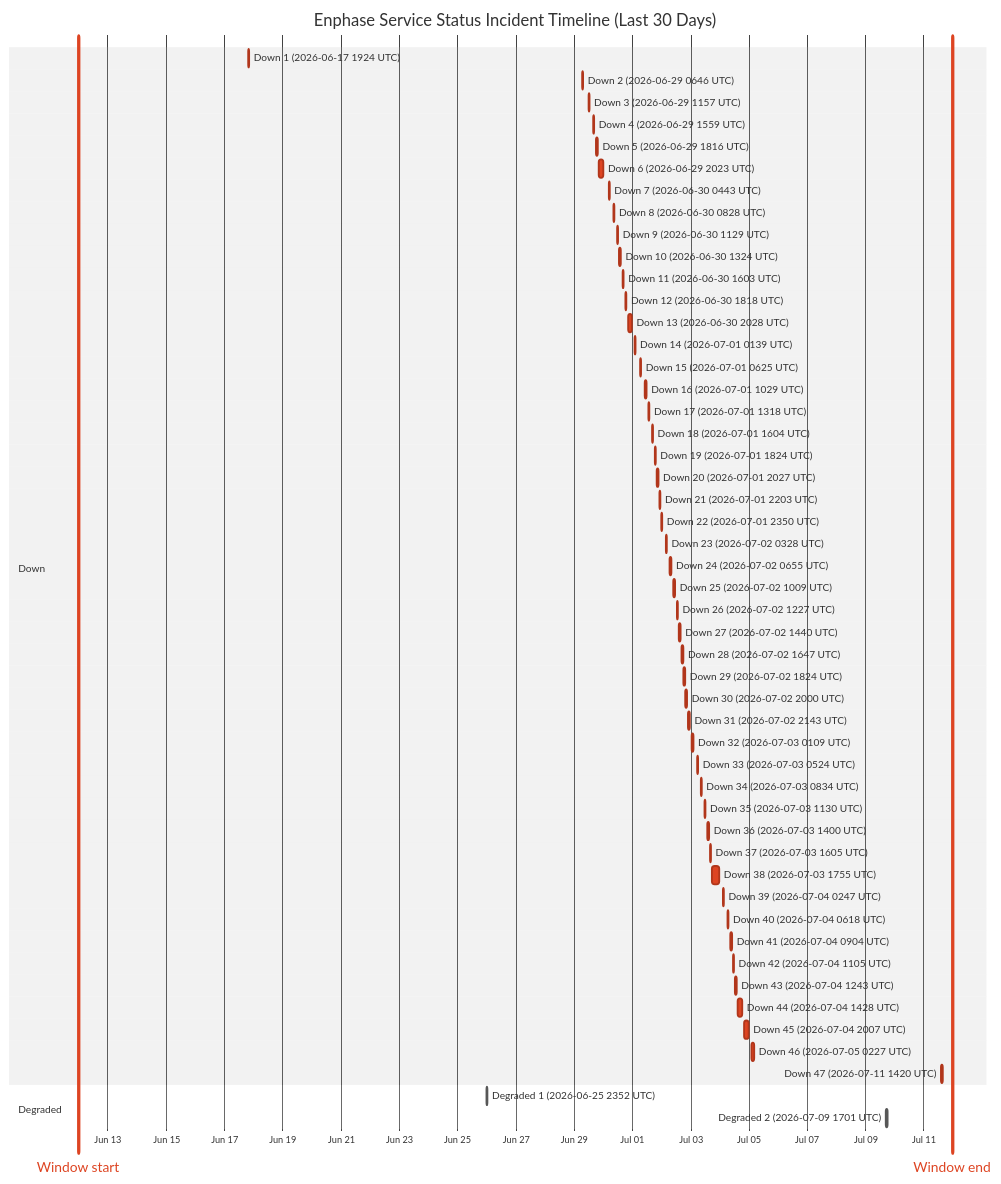
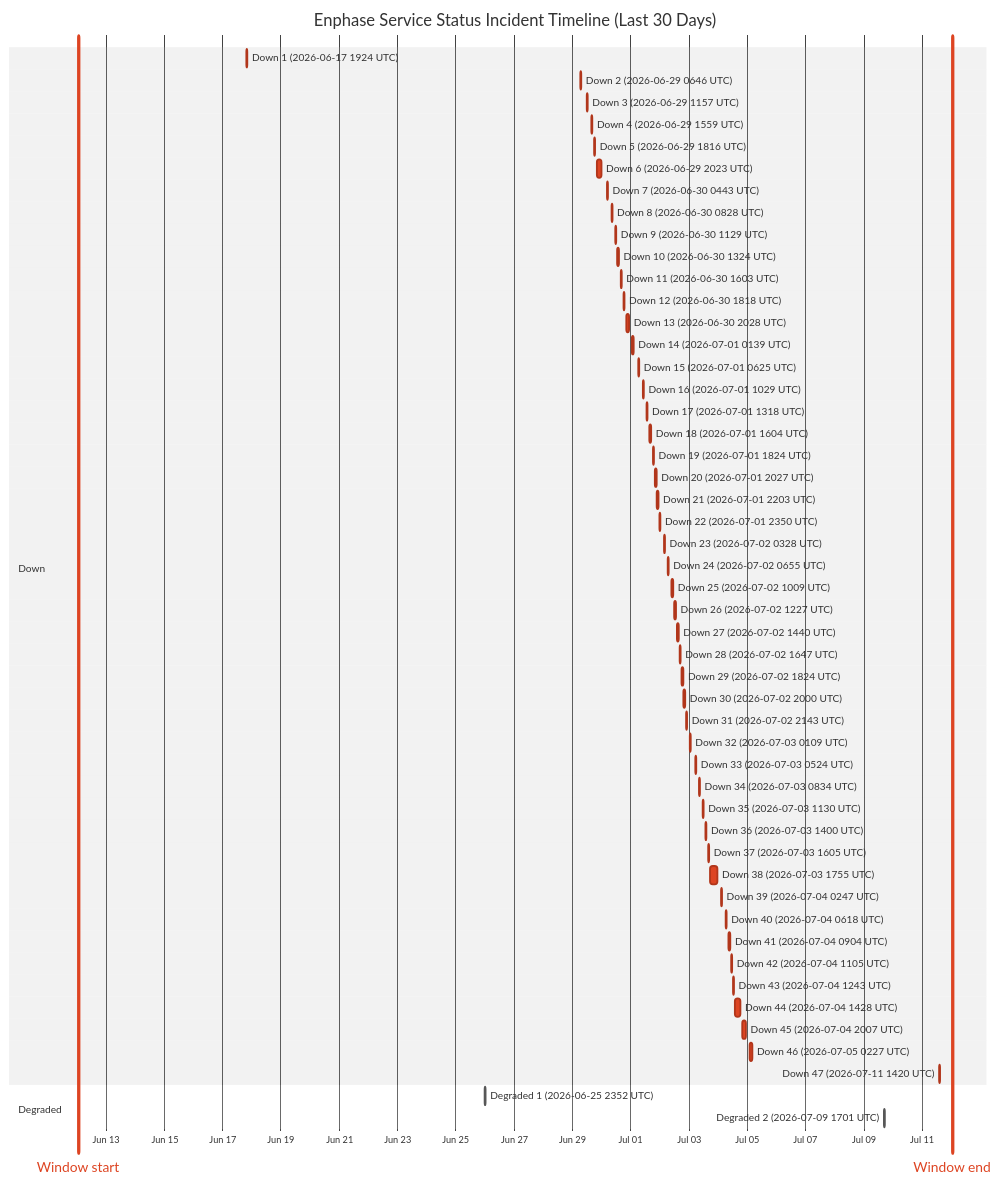
Before and after one commit to barneyonline/ha-enphase-energy: the diagram in wiki/Service-Status-History.md, drawn with Mermaid (neutral theme). The commit also changed other lines of this file and 3 other files, not shown here.

````diff
--- a/wiki/Service-Status-History.md
+++ b/wiki/Service-Status-History.md
@@ -14,59 +14,59 @@
 ```mermaid
 gantt
     title Enphase Service Status Incident Timeline (Last 30 Days)
     dateFormat  YYYY-MM-DDTHH:mm:ss
     axisFormat  %b %d
-    Window start :vert, window-start, 2026-06-11T23:25:55, 0ms
-    Window end :vert, window-end, 2026-07-11T23:25:55, 0ms
+    Window start :vert, window-start, 2026-06-12T01:04:29, 0ms
+    Window end :vert, window-end, 2026-07-12T01:04:29, 0ms
     section Down
     Down 1 (2026-06-17 1924 UTC) :crit, down-1, 2026-06-17T19:24:51, 60m
     Down 2 (2026-06-29 0646 UTC) :crit, down-2, 2026-06-29T06:46:18, 60m
     Down 3 (2026-06-29 1157 UTC) :crit, down-3, 2026-06-29T11:57:36, 60m
     Down 4 (2026-06-29 1559 UTC) :crit, down-4, 2026-06-29T15:59:02, 60m
     Down 5 (2026-06-29 1816 UTC) :crit, down-5, 2026-06-29T18:16:38, 60m
     Down 6 (2026-06-29 2023 UTC) :crit, down-6, 2026-06-29T20:23:16, 220m
     Down 7 (2026-06-30 0443 UTC) :crit, down-7, 2026-06-30T04:43:54, 60m
     Down 8 (2026-06-30 0828 UTC) :crit, down-8, 2026-06-30T08:28:43, 60m
     Down 9 (2026-06-30 1129 UTC) :crit, down-9, 2026-06-30T11:29:15, 60m
     Down 10 (2026-06-30 1324 UTC) :crit, down-10, 2026-06-30T13:24:25, 60m
     Down 11 (2026-06-30 1603 UTC) :crit, down-11, 2026-06-30T16:03:26, 60m
     Down 12 (2026-06-30 1818 UTC) :crit, down-12, 2026-06-30T18:18:39, 60m
     Down 13 (2026-06-30 2028 UTC) :crit, down-13, 2026-06-30T20:28:54, 171m
     Down 14 (2026-07-01 0139 UTC) :crit, down-14, 2026-07-01T01:39:18, 60m
     Down 15 (2026-07-01 0625 UTC) :crit, down-15, 2026-07-01T06:25:35, 60m
     Down 16 (2026-07-01 1029 UTC) :crit, down-16, 2026-07-01T10:29:24, 60m
     Down 17 (2026-07-01 1318 UTC) :crit, down-17, 2026-07-01T13:18:31, 60m
     Down 18 (2026-07-01 1604 UTC) :crit, down-18, 2026-07-01T16:04:29, 60m
     Down 19 (2026-07-01 1824 UTC) :crit, down-19, 2026-07-01T18:24:21, 60m
     Down 20 (2026-07-01 2027 UTC) :crit, down-20, 2026-07-01T20:27:17, 60m
     Down 21 (2026-07-01 2203 UTC) :crit, down-21, 2026-07-01T22:03:46, 60m
     Down 22 (2026-07-01 2350 UTC) :crit, down-22, 2026-07-01T23:50:52, 60m
     Down 23 (2026-07-02 0328 UTC) :crit, down-23, 2026-07-02T03:28:33, 60m
     Down 24 (2026-07-02 0655 UTC) :crit, down-24, 2026-07-02T06:55:07, 60m
     Down 25 (2026-07-02 1009 UTC) :crit, down-25, 2026-07-02T10:09:15, 60m
     Down 26 (2026-07-02 1227 UTC) :crit, down-26, 2026-07-02T12:27:49, 60m
     Down 27 (2026-07-02 1440 UTC) :crit, down-27, 2026-07-02T14:40:53, 60m
     Down 28 (2026-07-02 1647 UTC) :crit, down-28, 2026-07-02T16:47:47, 60m
     Down 29 (2026-07-02 1824 UTC) :crit, down-29, 2026-07-02T18:24:26, 60m
     Down 30 (2026-07-02 2000 UTC) :crit, down-30, 2026-07-02T20:00:57, 60m
     Down 31 (2026-07-02 2143 UTC) :crit, down-31, 2026-07-02T21:43:52, 80m
     Down 32 (2026-07-03 0109 UTC) :crit, down-32, 2026-07-03T01:09:19, 60m
     Down 33 (2026-07-03 0524 UTC) :crit, down-33, 2026-07-03T05:24:23, 60m
     Down 34 (2026-07-03 0834 UTC) :crit, down-34, 2026-07-03T08:34:05, 60m
     Down 35 (2026-07-03 1130 UTC) :crit, down-35, 2026-07-03T11:30:41, 60m
     Down 36 (2026-07-03 1400 UTC) :crit, down-36, 2026-07-03T14:00:48, 60m
     Down 37 (2026-07-03 1605 UTC) :crit, down-37, 2026-07-03T16:05:49, 60m
     Down 38 (2026-07-03 1755 UTC) :crit, down-38, 2026-07-03T17:55:54, 338m
     Down 39 (2026-07-04 0247 UTC) :crit, down-39, 2026-07-04T02:47:22, 60m
     Down 40 (2026-07-04 0618 UTC) :crit, down-40, 2026-07-04T06:18:09, 60m
     Down 41 (2026-07-04 0904 UTC) :crit, down-41, 2026-07-04T09:04:41, 60m
     Down 42 (2026-07-04 1105 UTC) :crit, down-42, 2026-07-04T11:05:21, 60m
     Down 43 (2026-07-04 1243 UTC) :crit, down-43, 2026-07-04T12:43:25, 60m
     Down 44 (2026-07-04 1428 UTC) :crit, down-44, 2026-07-04T14:28:07, 243m
     Down 45 (2026-07-04 2007 UTC) :crit, down-45, 2026-07-04T20:07:50, 206m
     Down 46 (2026-07-05 0227 UTC) :crit, down-46, 2026-07-05T02:27:32, 109m
     Down 47 (2026-07-11 1420 UTC) :crit, down-47, 2026-07-11T14:20:54, 69m
     section Degraded
     Degraded 1 (2026-06-25 2352 UTC) :active, degraded-1, 2026-06-25T23:52:01, 60m
     Degraded 2 (2026-07-09 1701 UTC) :active, degraded-2, 2026-07-09T17:01:02, 60m
 ```
````
